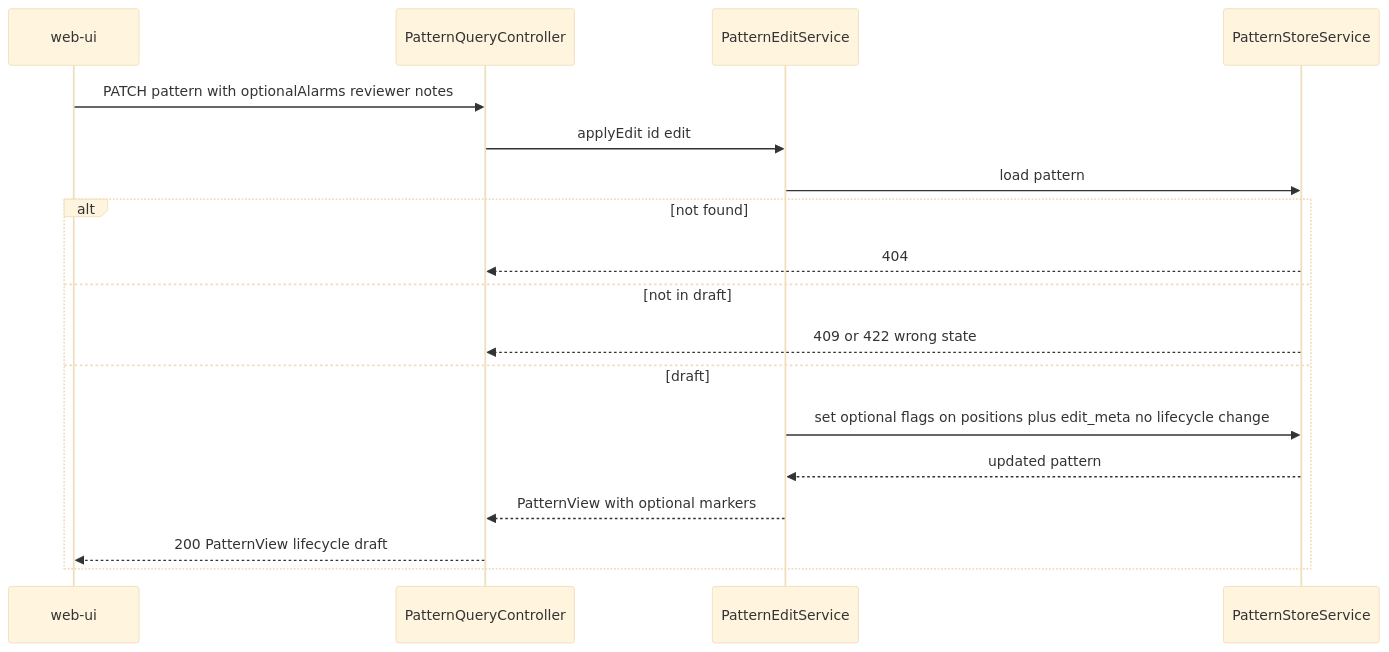
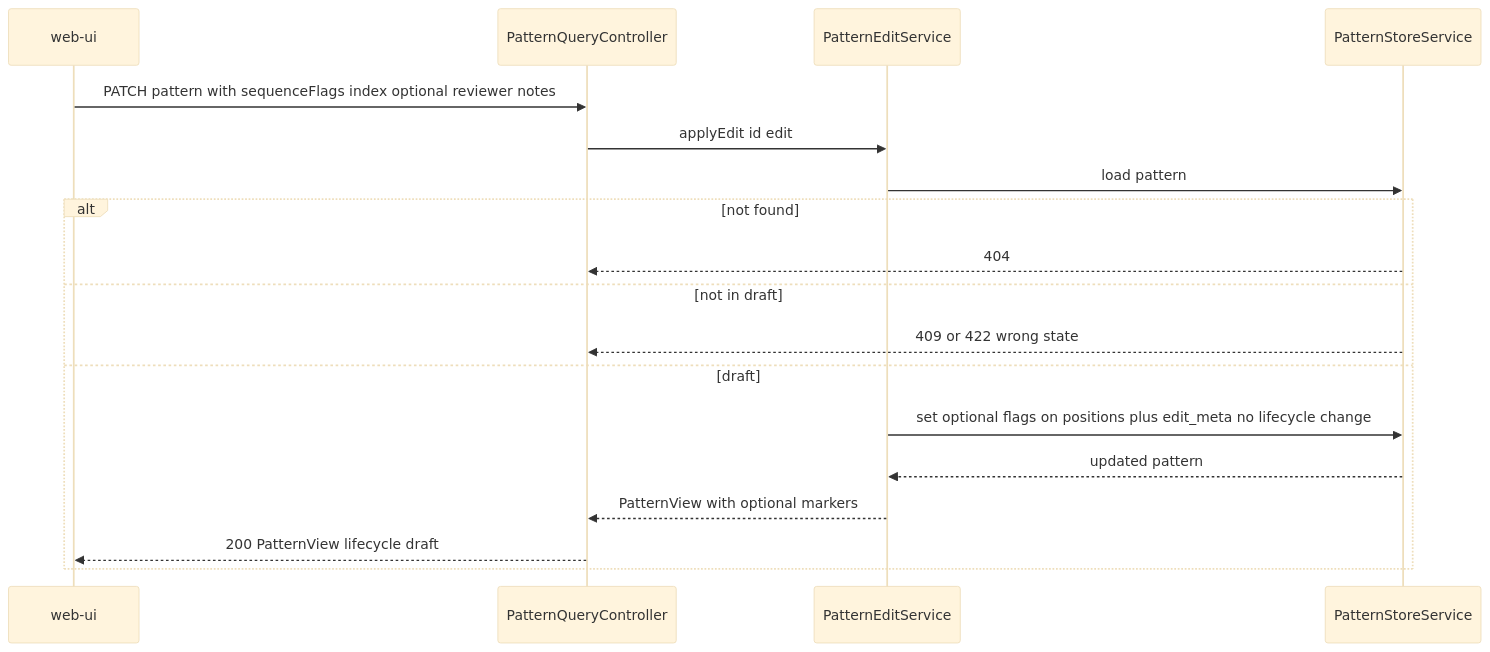
The sixth of 9 diagrams in services/pattern-manager/design.md (nikhilmohan/correlation-platform), drawn with Mermaid (base theme) before and after one commit. The commit also changed other lines of this file and 2 other files, not shown here.

````diff
--- a/services/pattern-manager/design.md
+++ b/services/pattern-manager/design.md
@@ -512,20 +599,20 @@
 ```mermaid
 sequenceDiagram
   participant U as web-ui
   participant A as PatternQueryController
   participant ED as PatternEditService
   participant S as PatternStoreService
-  U->>A: PATCH pattern with optionalAlarms reviewer notes
+  U->>A: PATCH pattern with sequenceFlags index optional reviewer notes
   A->>ED: applyEdit id edit
   ED->>S: load pattern
   alt not found
     S-->>A: 404
   else not in draft
     S-->>A: 409 or 422 wrong state
   else draft
     ED->>S: set optional flags on positions plus edit_meta no lifecycle change
     S-->>ED: updated pattern
     ED-->>A: PatternView with optional markers
     A-->>U: 200 PatternView lifecycle draft
   end
 ```
````
